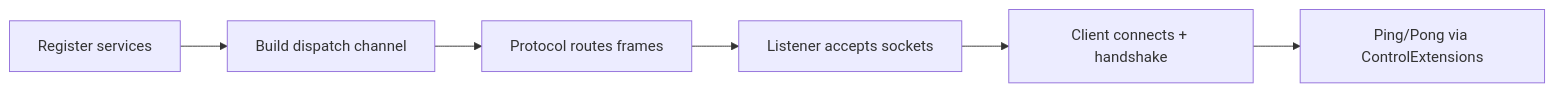
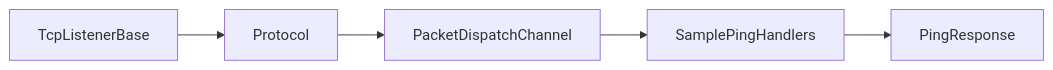
Before and after one commit to ppn-systems/nalix-docs: the diagram in docs/quickstart.md, drawn with Mermaid. The commit also changed other lines of this file and 170 other files, not shown here.

````diff
--- a/docs/quickstart.md
+++ b/docs/quickstart.md
@@ -10,8 +76,7 @@
 ```mermaid
 flowchart LR
-    A[Register services] --> B[Build dispatch channel]
-    B --> C[Protocol routes frames]
-    C --> D[Listener accepts sockets]
-    D --> E[Client connects + handshake]
-    E --> F[Ping/Pong via ControlExtensions]
+    A["TcpListenerBase"] --> B["Protocol"]
+    B --> C["PacketDispatchChannel"]
+    C --> D["SamplePingHandlers"]
+    D --> E["PingResponse"]
 ```
````
